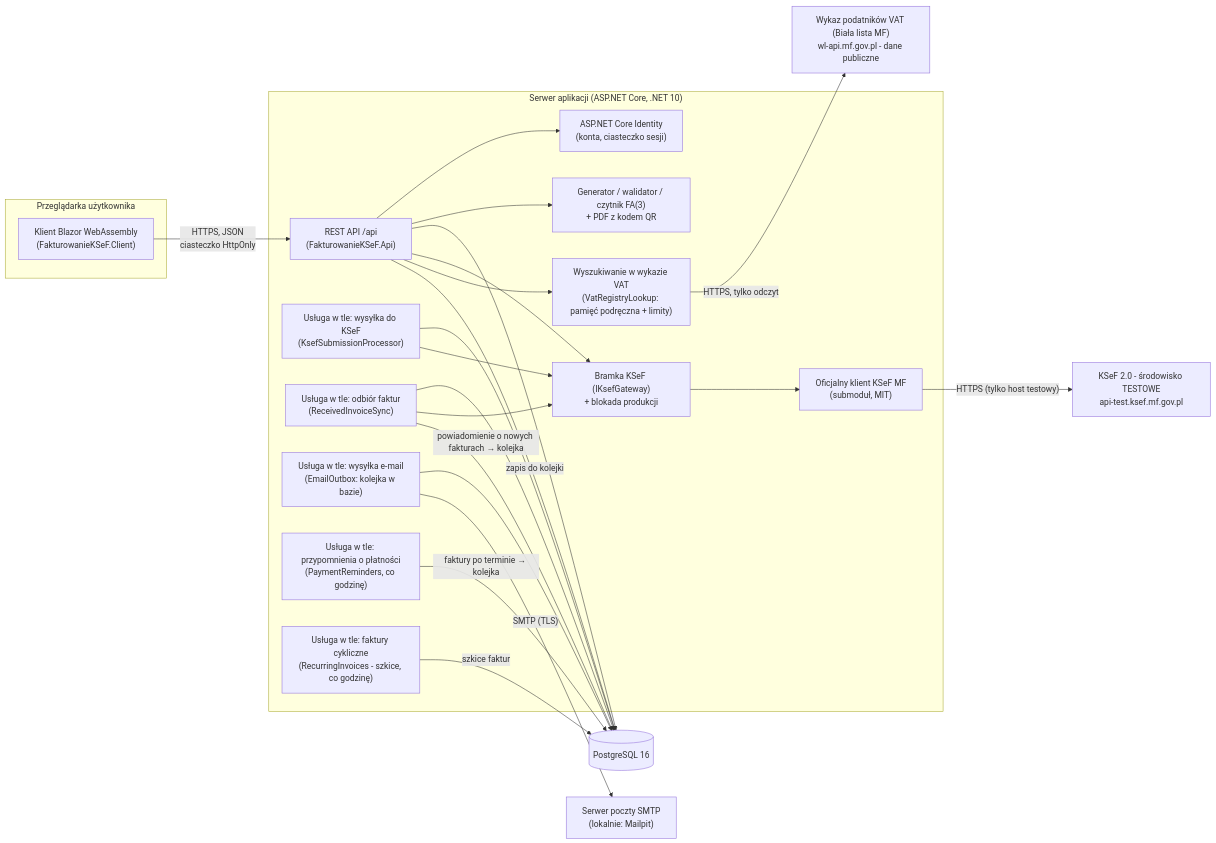
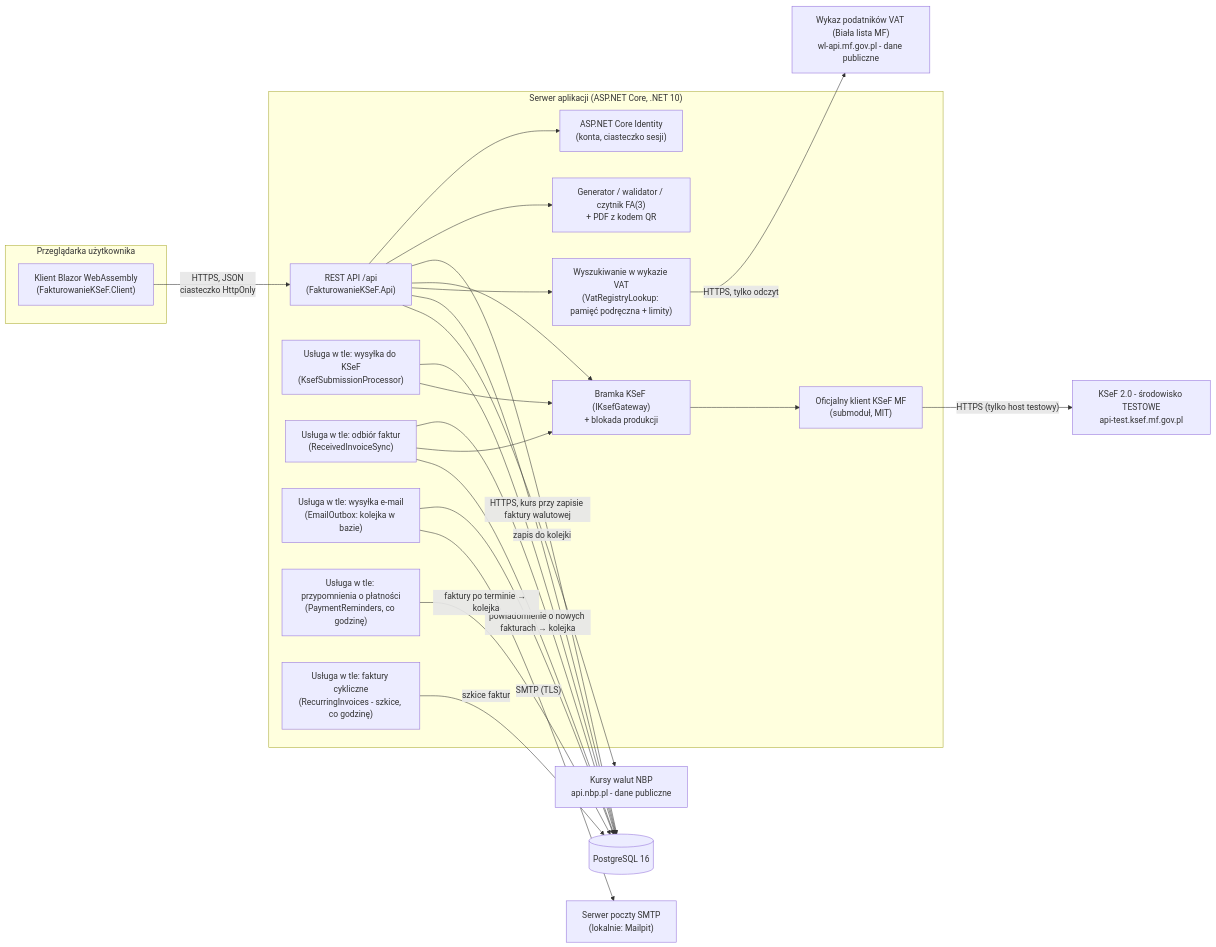
One commit to Kacper-Murawski/Fakturowanie-KSeF changed the first of 2 diagrams in docs/architektura.md. Above: the diagram before and after it, drawn with Mermaid. The commit also changed other lines of this file and 46 other files, not shown here.

First line of the commit message:
Faktury w walutach obcych z kursem średnim NBP

````diff
--- a/docs/architektura.md
+++ b/docs/architektura.md
@@ -17,45 +17,47 @@
 ```mermaid
 flowchart LR
     subgraph Przegladarka["Przeglądarka użytkownika"]
         UI["Klient Blazor WebAssembly<br/>(FakturowanieKSeF.Client)"]
     end
 
     subgraph Serwer["Serwer aplikacji (ASP.NET Core, .NET 10)"]
         API["REST API /api<br/>(FakturowanieKSeF.Api)"]
         ID["ASP.NET Core Identity<br/>(konta, ciasteczko sesji)"]
         WS["Usługa w tle: wysyłka do KSeF<br/>(KsefSubmissionProcessor)"]
         WR["Usługa w tle: odbiór faktur<br/>(ReceivedInvoiceSync)"]
         FA3["Generator / walidator / czytnik FA(3)<br/>+ PDF z kodem QR"]
         GW["Bramka KSeF (IKsefGateway)<br/>+ blokada produkcji"]
         MF["Oficjalny klient KSeF MF<br/>(submoduł, MIT)"]
         WL["Wyszukiwanie w wykazie VAT<br/>(VatRegistryLookup: pamięć podręczna + limity)"]
         WE["Usługa w tle: wysyłka e-mail<br/>(EmailOutbox: kolejka w bazie)"]
         WP["Usługa w tle: przypomnienia o płatności<br/>(PaymentReminders, co godzinę)"]
         WC["Usługa w tle: faktury cykliczne<br/>(RecurringInvoices - szkice, co godzinę)"]
     end
 
     DB[("PostgreSQL 16")]
     KSEF["KSeF 2.0 - środowisko TESTOWE<br/>api-test.ksef.mf.gov.pl"]
     BL["Wykaz podatników VAT (Biała lista MF)<br/>wl-api.mf.gov.pl - dane publiczne"]
     SMTP["Serwer poczty SMTP<br/>(lokalnie: Mailpit)"]
+    NBP["Kursy walut NBP<br/>api.nbp.pl - dane publiczne"]
 
     UI -- "HTTPS, JSON<br/>ciasteczko HttpOnly" --> API
     API --> ID
     API --> FA3
     API --> DB
     WS --> DB
     WR --> DB
     WS --> GW
     WR --> GW
     WR -- "powiadomienie o nowych fakturach → kolejka" --> DB
     API --> GW
     GW --> MF
     MF -- "HTTPS (tylko host testowy)" --> KSEF
     API --> WL
     WL -- "HTTPS, tylko odczyt" --> BL
     API -- "zapis do kolejki" --> DB
     WE --> DB
     WP -- "faktury po terminie → kolejka" --> DB
     WC -- "szkice faktur" --> DB
     WE -- "SMTP (TLS)" --> SMTP
+    API -- "HTTPS, kurs przy zapisie faktury walutowej" --> NBP
 ```
````
